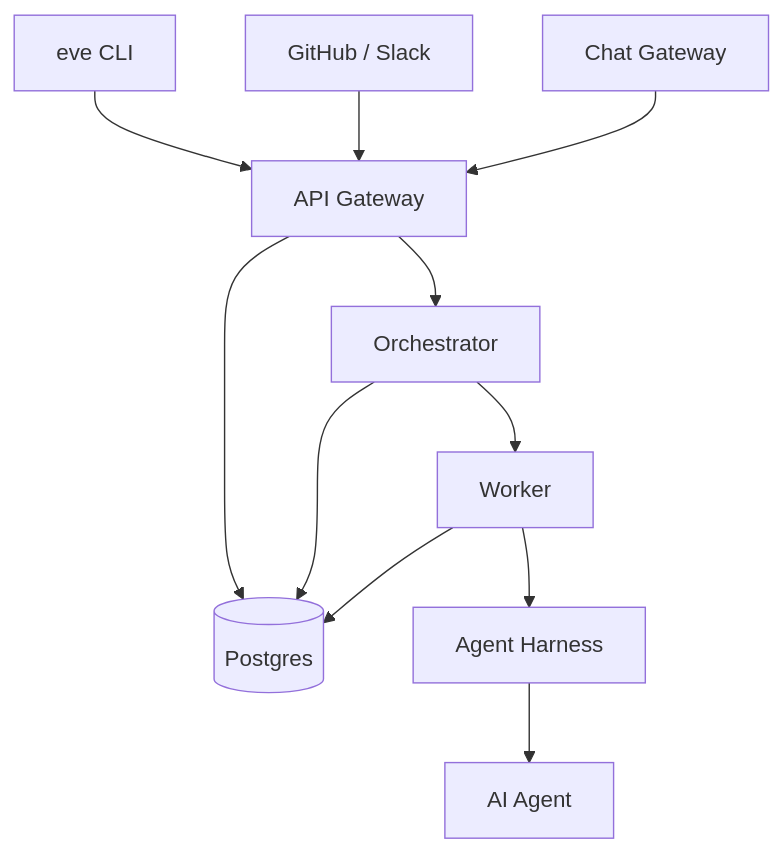
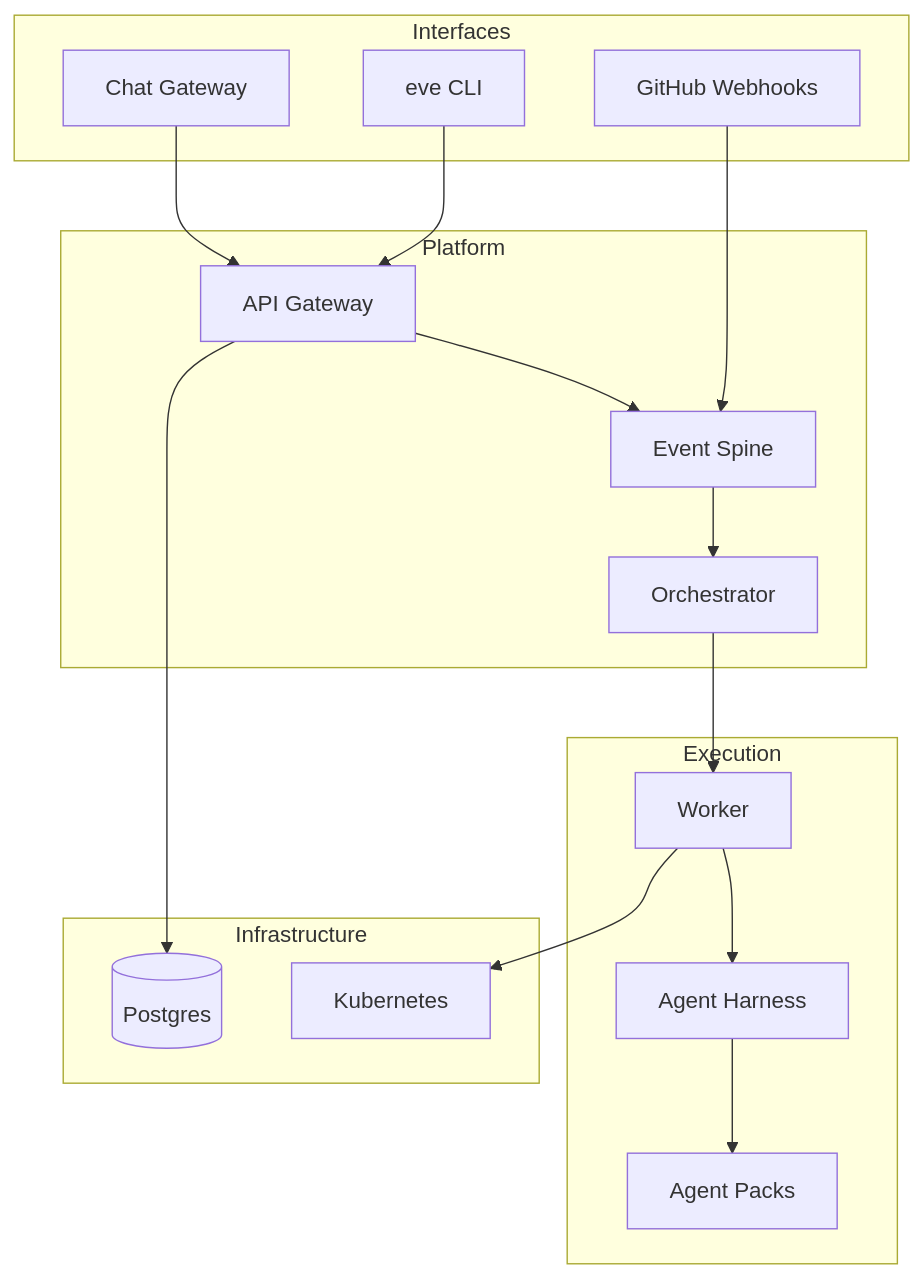
One commit to eve-horizon/eve-horizon-docs changed the fourth of 4 diagrams in website/docs/get-started/what-is-eve-horizon.md. Above: the diagram before and after it, drawn with Mermaid. The commit also changed other lines of this file and 6 other files, not shown here.

````diff
--- a/website/docs/get-started/what-is-eve-horizon.md
+++ b/website/docs/get-started/what-is-eve-horizon.md
@@ -86,13 +94,36 @@
 ```mermaid
 graph TD
-    CLI["eve CLI"] --> API
-    Webhooks["GitHub / Slack"] --> API
-    API["API Gateway"] --> DB[(Postgres)]
-    API --> Orchestrator
-    Orchestrator --> Worker
-    Worker --> Harness["Agent Harness"]
-    Harness --> Agent["AI Agent"]
-    Orchestrator --> DB
-    Worker --> DB
-    Gateway["Chat Gateway"] --> API
+  subgraph Interfaces
+    CLI["eve CLI"]
+    GW["Chat Gateway"]
+    Webhooks["GitHub Webhooks"]
+  end
+
+  subgraph Platform
+    API["API Gateway"]
+    Events["Event Spine"]
+    Orch["Orchestrator"]
+  end
+
+  subgraph Execution
+    Worker["Worker"]
+    Harness["Agent Harness"]
+    Packs["Agent Packs"]
+  end
+
+  subgraph Infrastructure
+    DB[(Postgres)]
+    K8s["Kubernetes"]
+  end
+
+  CLI --> API
+  GW --> API
+  Webhooks --> Events
+  API --> Events
+  Events --> Orch
+  Orch --> Worker
+  Worker --> Harness
+  Harness --> Packs
+  API --> DB
+  Worker --> K8s
 ```
````
